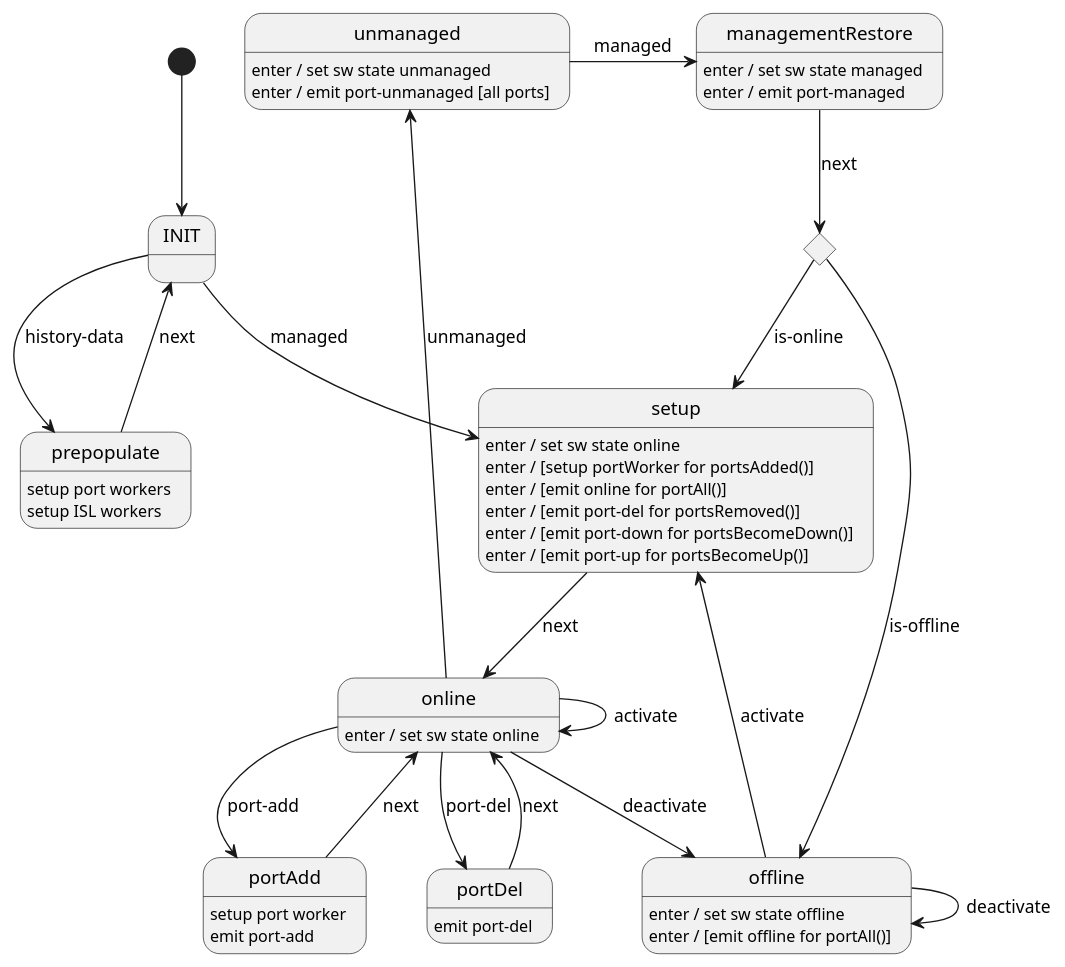
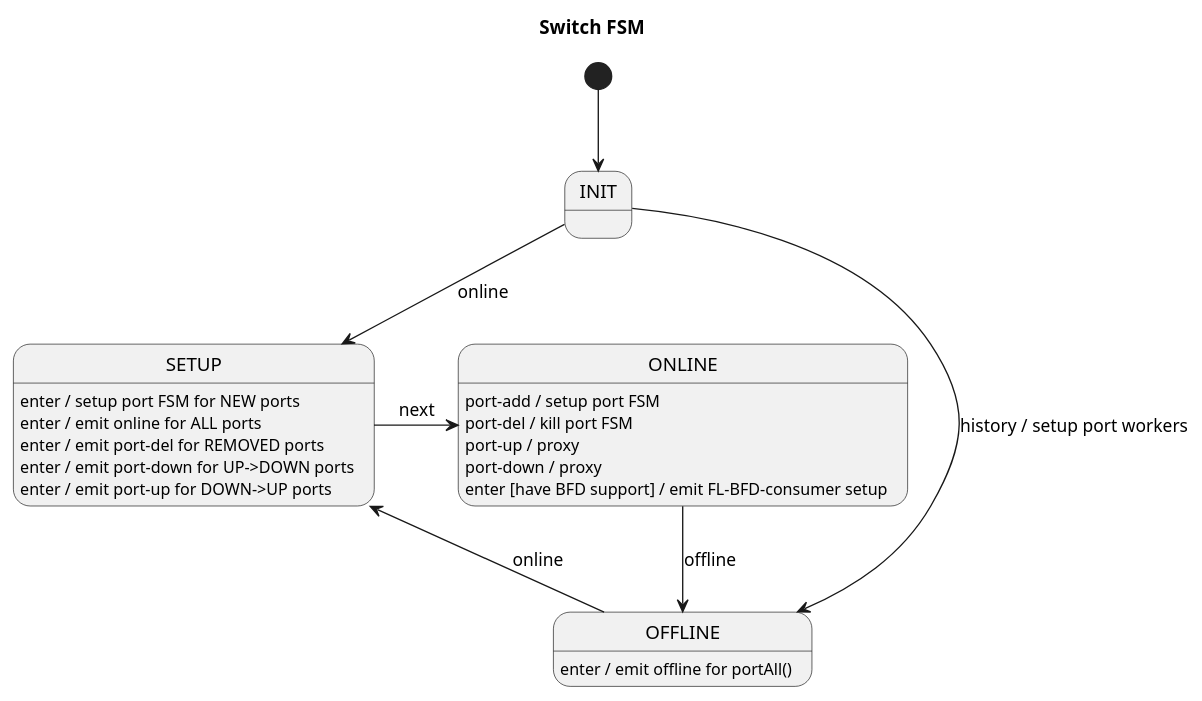
The diagram in docs/design/network-discovery/switch-FSM.puml (mikalstill/open-kilda), drawn with PlantUML before and after one commit. The commit also changed other lines of this file and 82 other files, not shown here.

```diff
--- a/docs/design/network-discovery/switch-FSM.puml
+++ b/docs/design/network-discovery/switch-FSM.puml
@@ -1,51 +22,25 @@
 @startuml
+title Switch FSM
+
 [*] --> INIT
 
-state switchSync <<choice>>
+INIT --> OFFLINE : history / setup port workers
+INIT --> SETUP : online
 
-INIT --> prepopulate : history-data
-INIT --> setup : managed
+SETUP : enter / setup port FSM for NEW ports
+SETUP : enter / emit online for ALL ports
+SETUP : enter / emit port-del for REMOVED ports
+SETUP : enter / emit port-down for UP->DOWN ports
+SETUP : enter / emit port-up for DOWN->UP ports
+SETUP -r-> ONLINE : next
 
-prepopulate : setup port workers
-prepopulate : setup ISL workers
-prepopulate --> INIT : next
+ONLINE : port-add / setup port FSM
+ONLINE : port-del / kill port FSM
+ONLINE : port-up / proxy
+ONLINE : port-down / proxy
+ONLINE : enter [have BFD support] / emit FL-BFD-consumer setup
+ONLINE --> OFFLINE : offline
 
-switchSync --> setup : is-online
-switchSync --> offline : is-offline
-
-setup : enter / set sw state online
-setup : enter / [setup portWorker for portsAdded()]
-setup : enter / [emit online for portAll()]
-setup : enter / [emit port-del for portsRemoved()]
-setup : enter / [emit port-down for portsBecomeDown()]
-setup : enter / [emit port-up for portsBecomeUp()]
-setup --> online : next
-
-online : enter / set sw state online
-online --> online : activate
-online --> offline : deactivate
-online --> portAdd : port-add
-online --> portDel : port-del
-online -u-> unmanaged : unmanaged
-
-portAdd : setup port worker
-portAdd : emit port-add
-portAdd --> online : next
-
-portDel : emit port-del
-portDel --> online : next
-
-offline : enter / set sw state offline
-offline : enter / [emit offline for portAll()]
-offline --> setup : activate
-offline --> offline : deactivate
-
-unmanaged : enter / set sw state unmanaged
-unmanaged : enter / emit port-unmanaged [all ports]
-unmanaged -r-> managementRestore : managed
-
-managementRestore : enter / set sw state managed
-managementRestore : enter / emit port-managed
-managementRestore --> switchSync : next
-
+OFFLINE : enter / emit offline for portAll()
+OFFLINE --> SETUP : online
 @enduml
```
